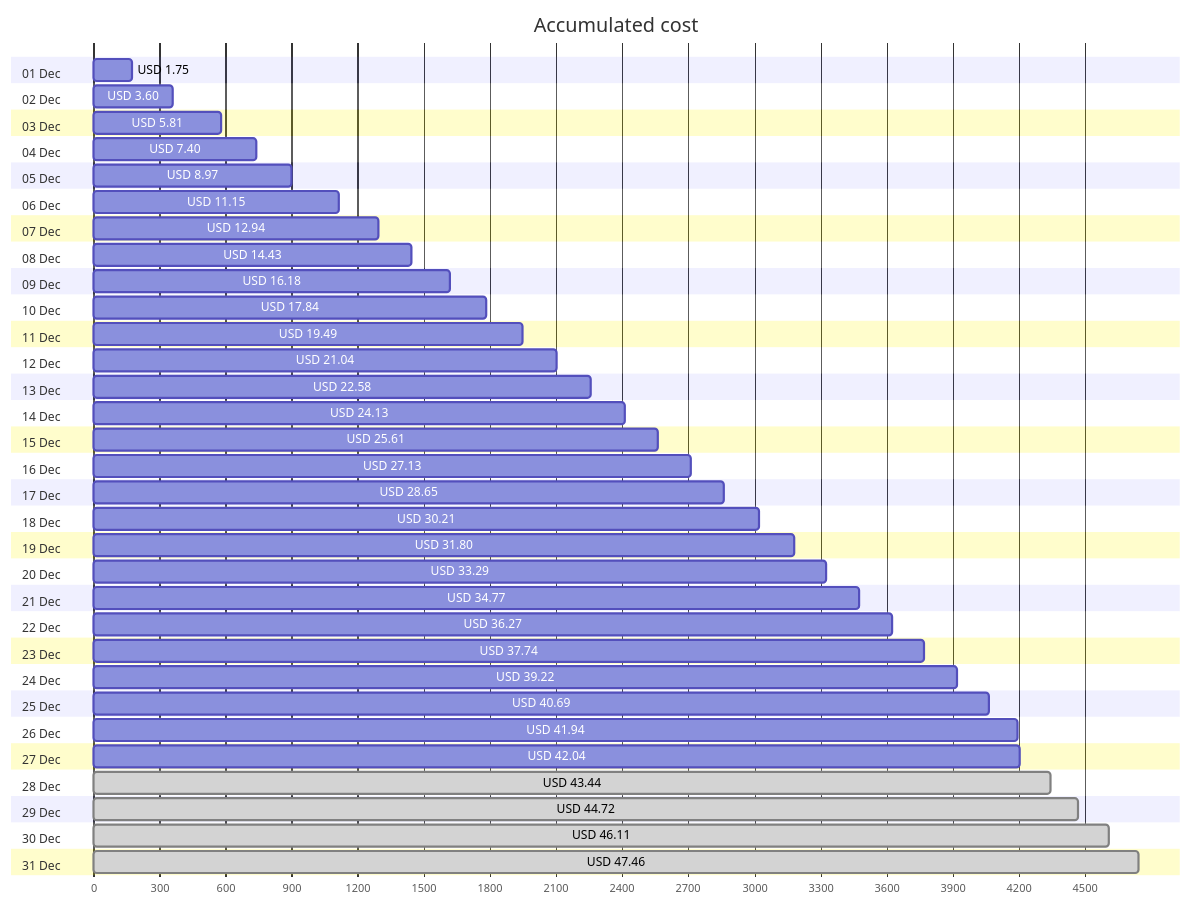
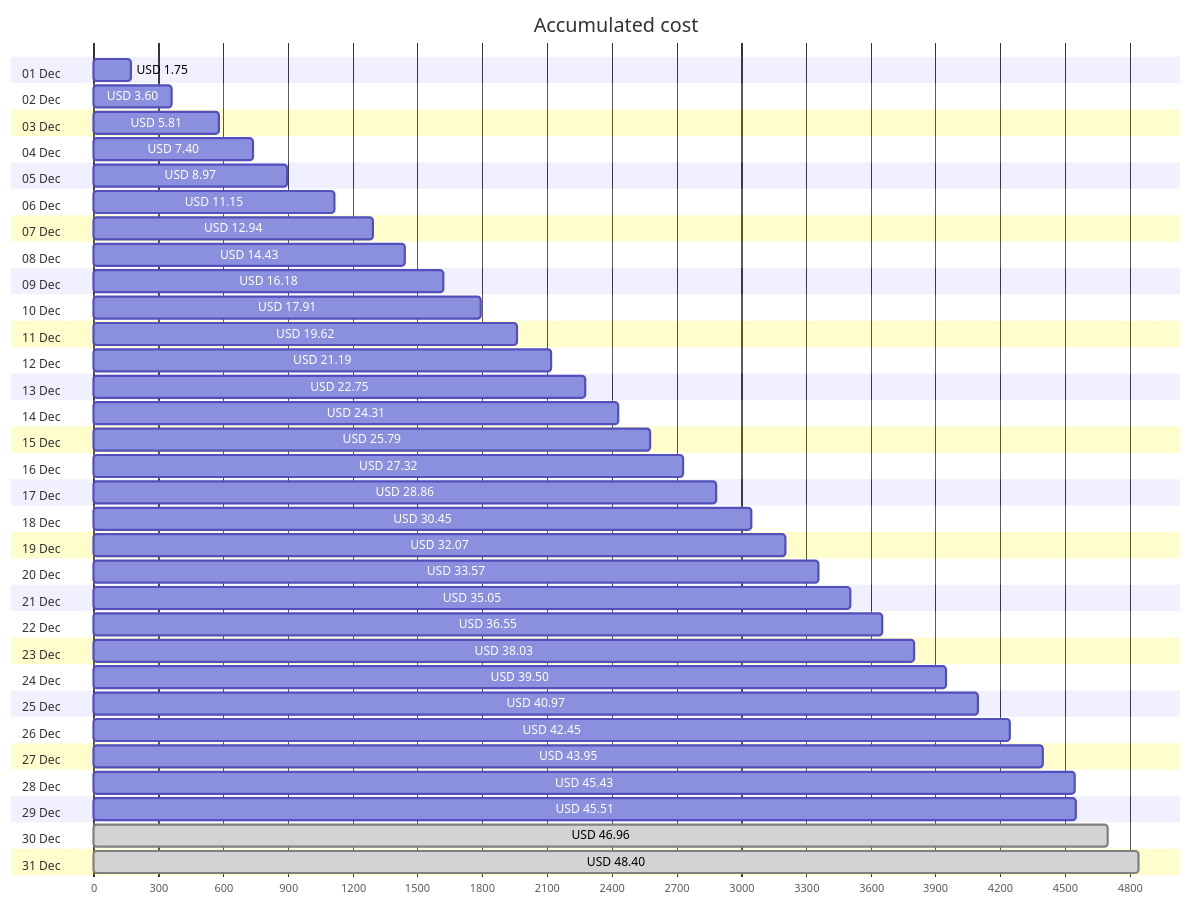
The first of 4 diagrams in cost-reports/personal-network/README.md (jpfulton/azure-personal-reports), drawn with Mermaid before and after one commit. The commit also changed other lines of this file and 8 other files, not shown here.

````diff
--- a/cost-reports/personal-network/README.md
+++ b/cost-reports/personal-network/README.md
@@ -20,68 +20,68 @@
 ```mermaid
 gantt
    title Accumulated cost
    dateFormat  X
    axisFormat %s
    section 01 Dec
    USD 1.75 :0, 175
    section 02 Dec
    USD 3.60 :0, 360
    section 03 Dec
    USD 5.81 :0, 581
    section 04 Dec
    USD 7.40 :0, 740
    section 05 Dec
    USD 8.97 :0, 897
    section 06 Dec
    USD 11.15 :0, 1115
    section 07 Dec
    USD 12.94 :0, 1294
    section 08 Dec
    USD 14.43 :0, 1443
    section 09 Dec
    USD 16.18 :0, 1618
    section 10 Dec
-   USD 17.84 :0, 1784
+   USD 17.91 :0, 1791
    section 11 Dec
-   USD 19.49 :0, 1949
+   USD 19.62 :0, 1962
    section 12 Dec
-   USD 21.04 :0, 2104
+   USD 21.19 :0, 2119
    section 13 Dec
-   USD 22.58 :0, 2258
+   USD 22.75 :0, 2275
    section 14 Dec
-   USD 24.13 :0, 2413
+   USD 24.31 :0, 2431
    section 15 Dec
-   USD 25.61 :0, 2561
+   USD 25.79 :0, 2579
    section 16 Dec
-   USD 27.13 :0, 2713
+   USD 27.32 :0, 2732
    section 17 Dec
-   USD 28.65 :0, 2865
+   USD 28.86 :0, 2886
    section 18 Dec
-   USD 30.21 :0, 3021
+   USD 30.45 :0, 3045
    section 19 Dec
-   USD 31.80 :0, 3180
+   USD 32.07 :0, 3207
    section 20 Dec
-   USD 33.29 :0, 3329
+   USD 33.57 :0, 3357
    section 21 Dec
-   USD 34.77 :0, 3477
+   USD 35.05 :0, 3505
    section 22 Dec
-   USD 36.27 :0, 3627
+   USD 36.55 :0, 3655
    section 23 Dec
-   USD 37.74 :0, 3774
+   USD 38.03 :0, 3803
    section 24 Dec
-   USD 39.22 :0, 3922
+   USD 39.50 :0, 3950
    section 25 Dec
-   USD 40.69 :0, 4069
+   USD 40.97 :0, 4097
    section 26 Dec
-   USD 41.94 :0, 4194
+   USD 42.45 :0, 4245
    section 27 Dec
-   USD 42.04 :0, 4204
+   USD 43.95 :0, 4395
    section 28 Dec
-   USD 43.44 : done, 0, 4344
+   USD 45.43 :0, 4543
    section 29 Dec
-   USD 44.72 : done, 0, 4472
+   USD 45.51 :0, 4551
    section 30 Dec
-   USD 46.11 : done, 0, 4611
+   USD 46.96 : done, 0, 4696
    section 31 Dec
-   USD 47.46 : done, 0, 4746
+   USD 48.40 : done, 0, 4840
 ```
````
